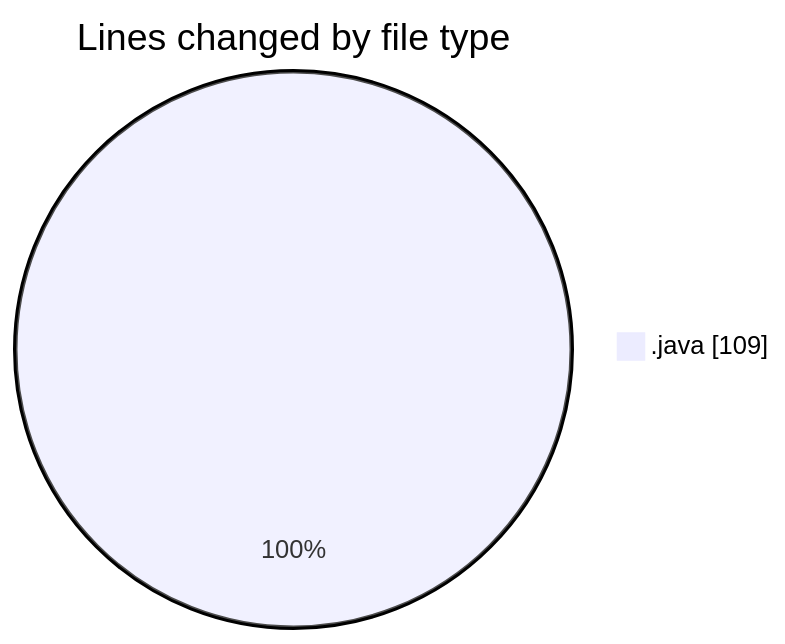
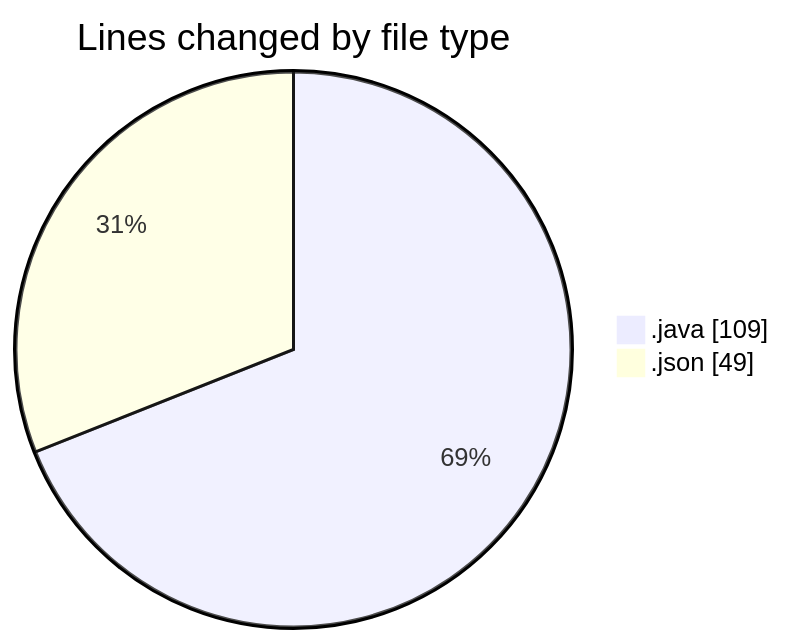
The first of 2 diagrams in 2026-11-26/cilreports__workspace_/README.md (ricardozamudiocil/code-tracking), drawn with Mermaid before and after one commit. The commit also changed other lines of this file and 1 other file, not shown here.

````diff
--- a/2026-11-26/cilreports__workspace_/README.md
+++ b/2026-11-26/cilreports__workspace_/README.md
@@ -20,5 +21,6 @@
 ```mermaid
 pie showData
 title Lines changed by file type
 ".java" : 109
+".json" : 49
 ```
````
